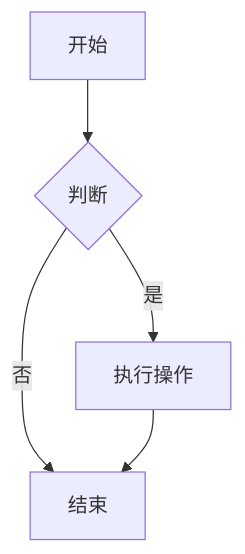
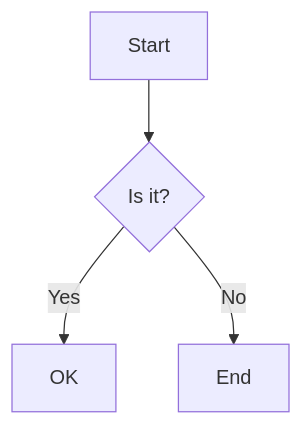
Before and after one commit to Chesszyh/Chesszyh.github.io: the diagram in docs/plugins/mermaid.md, drawn with Mermaid. The commit also changed other lines of this file and 5 other files, not shown here.

````diff
--- a/docs/plugins/mermaid.md
+++ b/docs/plugins/mermaid.md
@@ -18,7 +19,6 @@
 ```mermaid
 graph TD
-    A[开始] --> B{判断}
-    B -- 是 --> C[执行操作]
-    B -- 否 --> D[结束]
-    C --> D
+A[Start] --> B{Is it?}
+B -- Yes --> C[OK]
+B -- No --> D[End]
 ```
````
